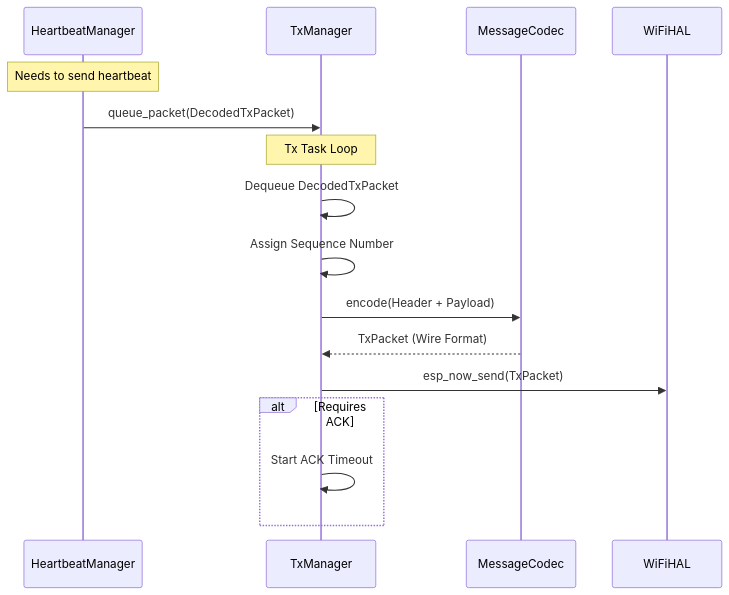
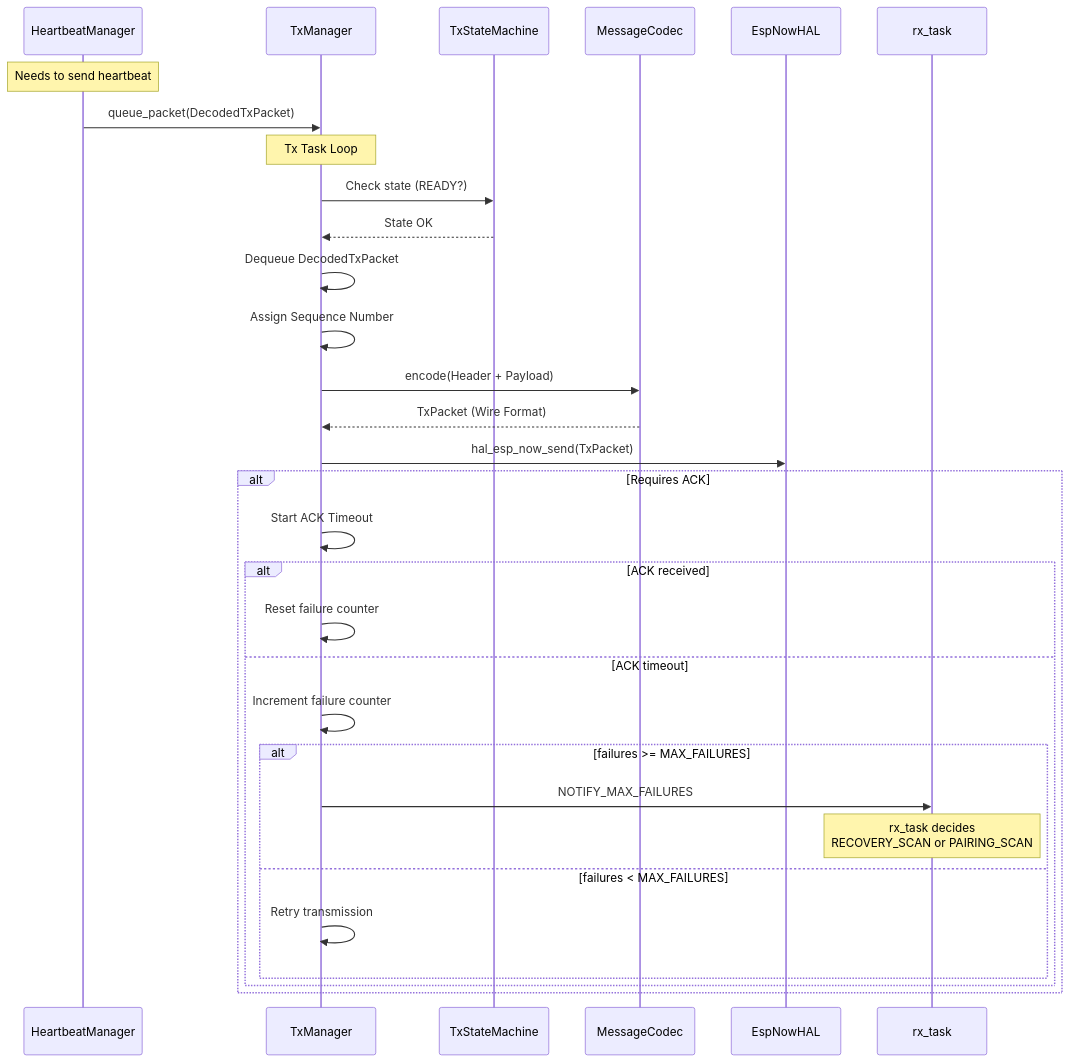
Before and after one commit to aluiziotomazelli/espnow_manager: the third of 4 diagrams in DESIGN.md, drawn with Mermaid. The commit also changed other lines of this file and 1 other file, not shown here.

````diff
--- a/DESIGN.md
+++ b/DESIGN.md
@@ -117,21 +218,37 @@
 ```mermaid
 sequenceDiagram
     participant HM as HeartbeatManager
     participant TM as TxManager
+    participant TS as TxStateMachine
     participant CD as MessageCodec
-    participant HAL as WiFiHAL
+    participant HE as EspNowHAL
+    participant RX as rx_task
 
     Note over HM: Needs to send heartbeat
     HM->>TM: queue_packet(DecodedTxPacket)
-    
+
     Note over TM: Tx Task Loop
+    TM->>TS: Check state (READY?)
+    TS-->>TM: State OK
+
     TM->>TM: Dequeue DecodedTxPacket
     TM->>TM: Assign Sequence Number
     TM->>CD: encode(Header + Payload)
     CD-->>TM: TxPacket (Wire Format)
-    TM->>HAL: esp_now_send(TxPacket)
-    
+    TM->>HE: hal_esp_now_send(TxPacket)
+
     alt Requires ACK
         TM->>TM: Start ACK Timeout
+        alt ACK received
+            TM->>TM: Reset failure counter
+        else ACK timeout
+            TM->>TM: Increment failure counter
+            alt failures >= MAX_FAILURES
+                TM->>RX: NOTIFY_MAX_FAILURES
+                Note over RX: rx_task decides<br/>RECOVERY_SCAN or PAIRING_SCAN
+            else failures < MAX_FAILURES
+                TM->>TM: Retry transmission
+            end
+        end
     end
 ```
````
